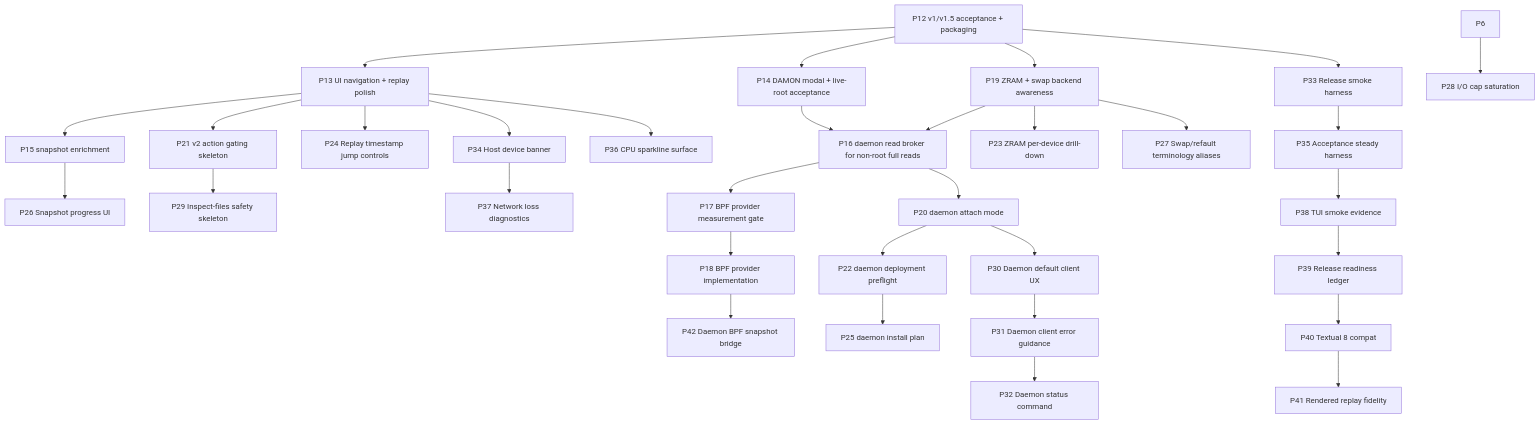
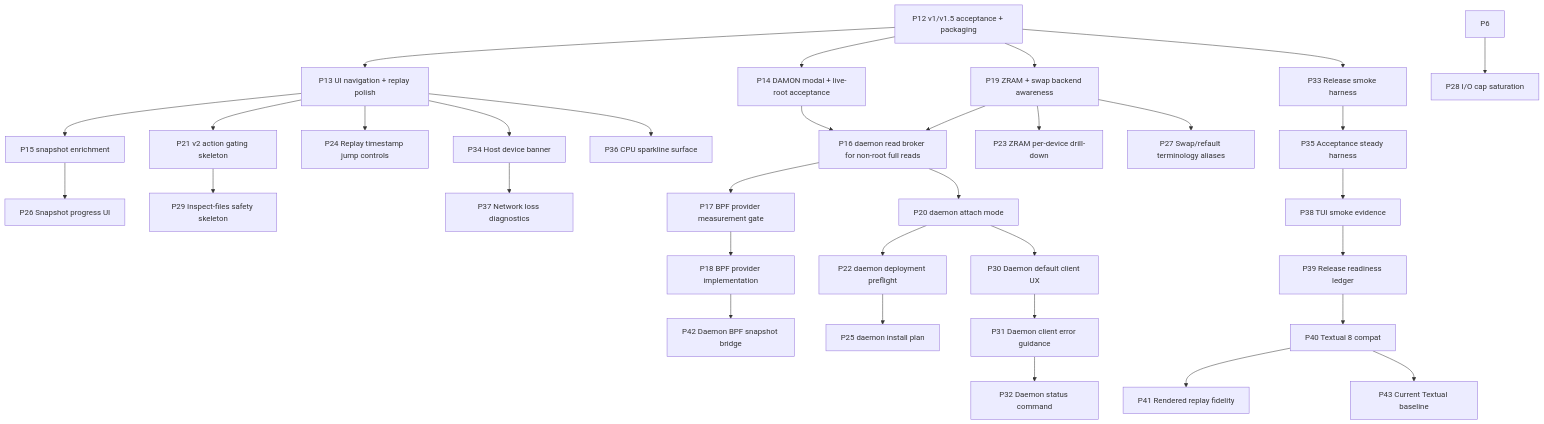
The diagram in groop/docs/ROADMAP.md (volkb79-2/vbpub), drawn with Mermaid before and after one commit. The commit also changed other lines of this file and 2 other files, not shown here.

Commit message:
docs(groop): carve P43 current Textual baseline

````diff
--- a/groop/docs/ROADMAP.md
+++ b/groop/docs/ROADMAP.md
@@ -27,34 +27,35 @@
 ```mermaid
 flowchart TD
     P12[P12 v1/v1.5 acceptance + packaging] --> P13[P13 UI navigation + replay polish]
     P12 --> P14[P14 DAMON modal + live-root acceptance]
     P13 --> P15[P15 snapshot enrichment]
     P12 --> P19[P19 ZRAM + swap backend awareness]
     P19 --> P16[P16 daemon read broker for non-root full reads]
     P14 --> P16
     P16 --> P17[P17 BPF provider measurement gate]
     P17 --> P18[P18 BPF provider implementation]
     P16 --> P20[P20 daemon attach mode]
     P20 --> P22[P22 daemon deployment preflight]
     P22 --> P25[P25 daemon install plan]
     P13 --> P21[P21 v2 action gating skeleton]
     P19 --> P23[P23 ZRAM per-device drill-down]
     P13 --> P24[P24 Replay timestamp jump controls]
     P15 --> P26[P26 Snapshot progress UI]
     P19 --> P27[P27 Swap/refault terminology aliases]
     P6 --> P28[P28 I/O cap saturation]
     P21 --> P29[P29 Inspect-files safety skeleton]
     P20 --> P30[P30 Daemon default client UX]
     P30 --> P31[P31 Daemon client error guidance]
     P31 --> P32[P32 Daemon status command]
     P12 --> P33[P33 Release smoke harness]
     P33 --> P35[P35 Acceptance steady harness]
     P13 --> P34[P34 Host device banner]
     P13 --> P36[P36 CPU sparkline surface]
     P34 --> P37[P37 Network loss diagnostics]
     P35 --> P38[P38 TUI smoke evidence]
     P38 --> P39[P39 Release readiness ledger]
     P39 --> P40[P40 Textual 8 compat]
     P40 --> P41[P41 Rendered replay fidelity]
     P18 --> P42[P42 Daemon BPF snapshot bridge]
+    P40 --> P43[P43 Current Textual baseline]
 ```
````
